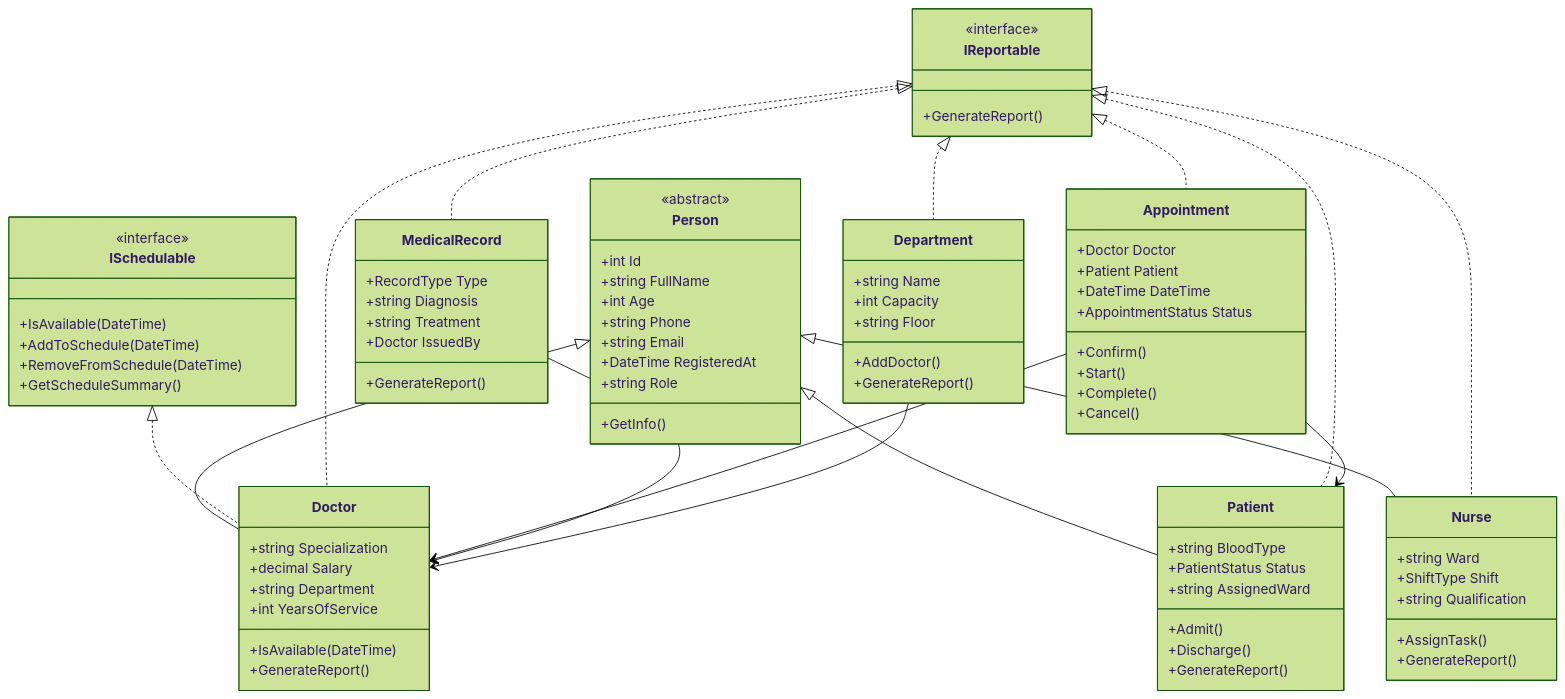
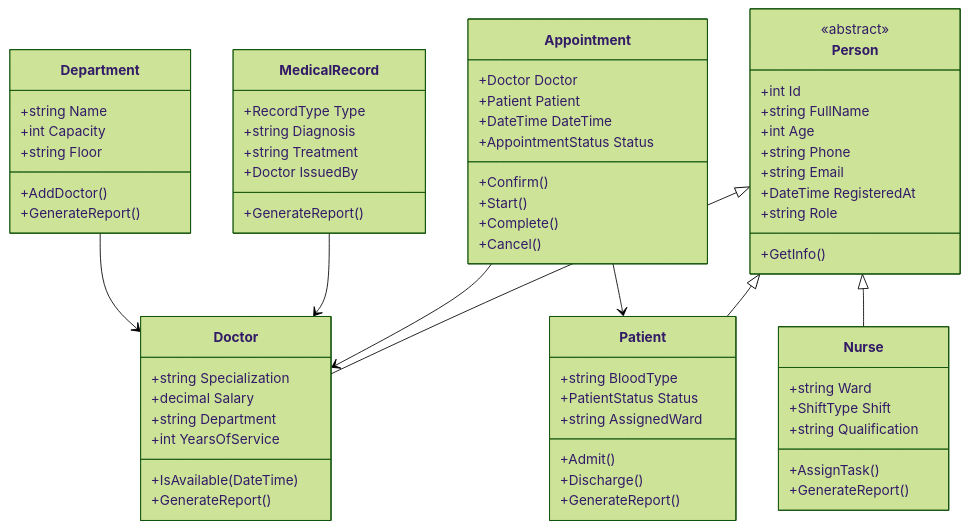
One commit to sabinakarimli/MedCore changed the second of 2 diagrams in README.md. Above: the diagram before and after it, drawn with Mermaid (forest theme). The commit also changed other lines of this file and 7 other files, not shown here.

```diff
--- a/README.md
+++ b/README.md
@@ -184,29 +203,9 @@
         +GenerateReport()
     }
 
-    class ISchedulable {
-        <<interface>>
-        +IsAvailable(DateTime)
-        +AddToSchedule(DateTime)
-        +RemoveFromSchedule(DateTime)
-        +GetScheduleSummary()
-    }
-
-    class IReportable {
-        <<interface>>
-        +GenerateReport()
-    }
-
     Person <|-- Doctor
     Person <|-- Patient
     Person <|-- Nurse
-    ISchedulable <|.. Doctor
-    IReportable <|.. Doctor
-    IReportable <|.. Patient
-    IReportable <|.. Nurse
-    IReportable <|.. Appointment
-    IReportable <|.. MedicalRecord
-    IReportable <|.. Department
     Appointment --> Doctor
     Appointment --> Patient
     MedicalRecord --> Doctor
```
